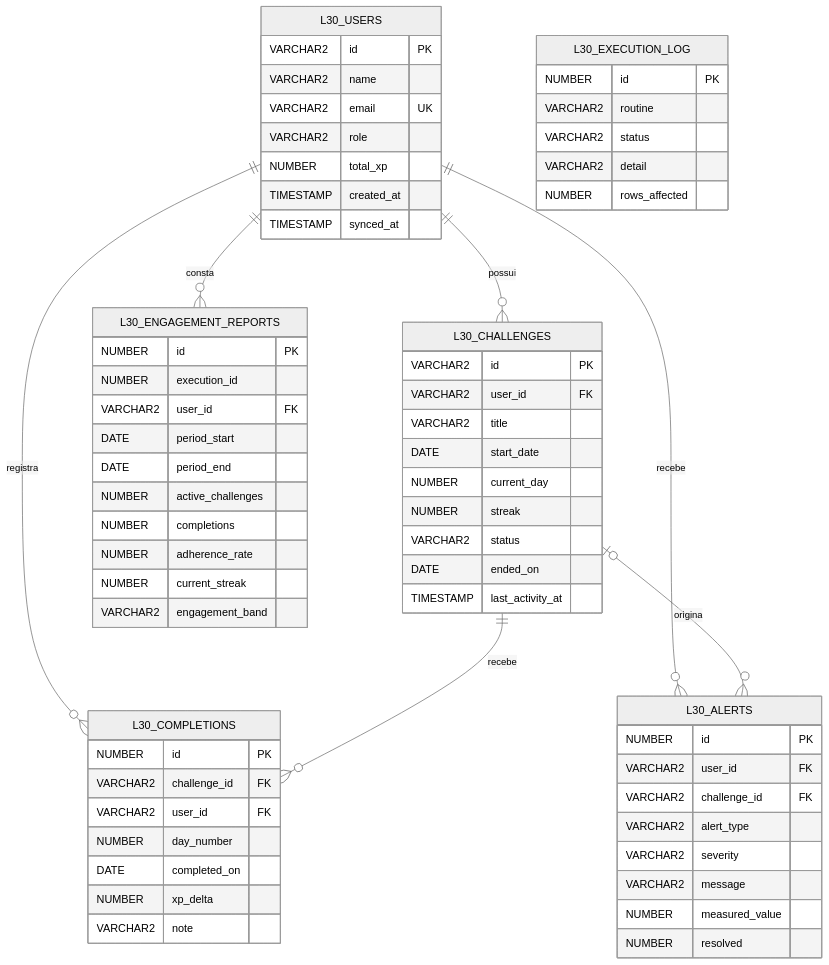
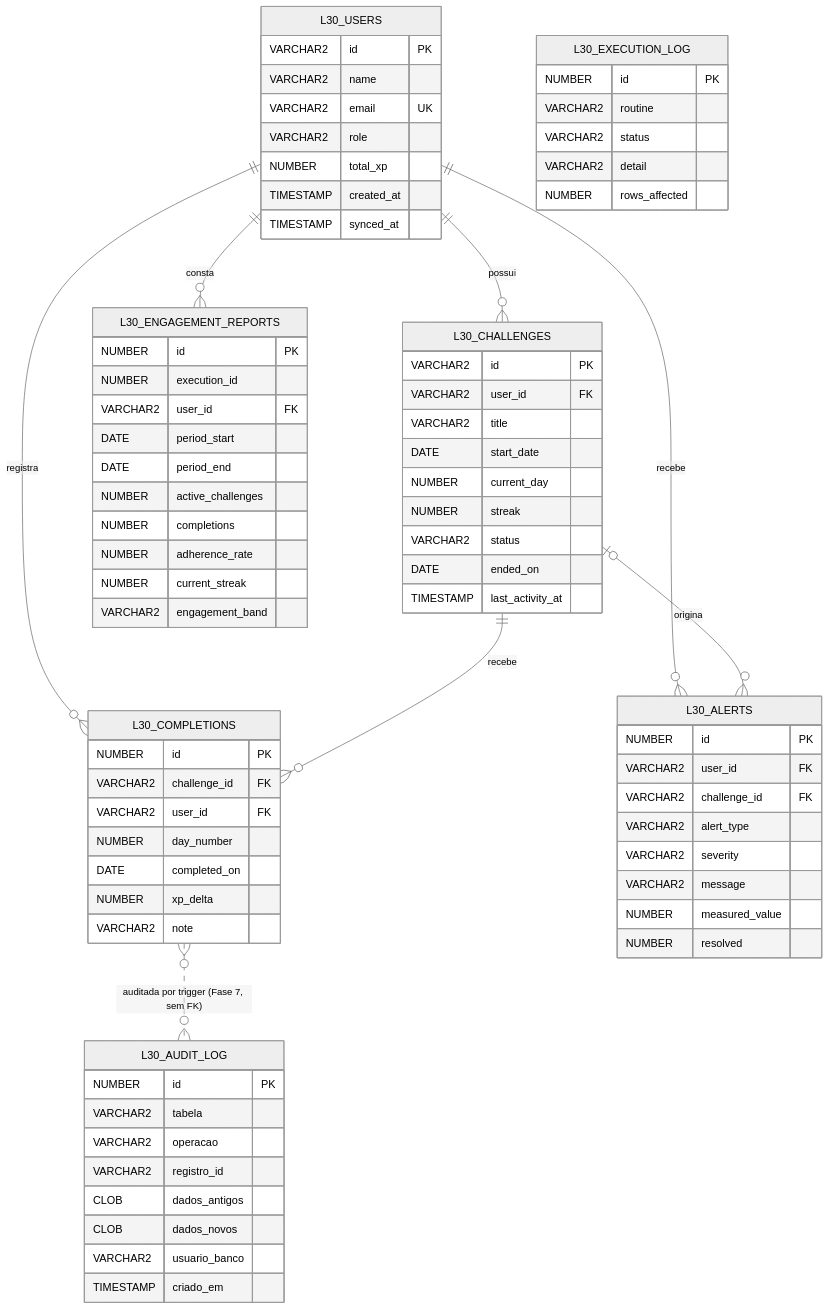
Before and after one commit to omateusborba/Level30-Flutter: the diagram in db/oracle/README.md, drawn with Mermaid (neutral theme). The commit also changed other lines of this file and 3 other files, not shown here.

````diff
--- a/db/oracle/README.md
+++ b/db/oracle/README.md
@@ -71,68 +82,79 @@
 ```mermaid
 erDiagram
     L30_USERS ||--o{ L30_CHALLENGES : possui
     L30_USERS ||--o{ L30_COMPLETIONS : registra
     L30_CHALLENGES ||--o{ L30_COMPLETIONS : recebe
     L30_USERS ||--o{ L30_ALERTS : recebe
     L30_CHALLENGES |o--o{ L30_ALERTS : origina
     L30_USERS ||--o{ L30_ENGAGEMENT_REPORTS : consta
+    L30_COMPLETIONS }o..o{ L30_AUDIT_LOG : "auditada por trigger (Fase 7, sem FK)"
 
     L30_USERS {
         VARCHAR2 id PK
         VARCHAR2 name
         VARCHAR2 email UK
         VARCHAR2 role
         NUMBER total_xp
         TIMESTAMP created_at
         TIMESTAMP synced_at
     }
     L30_CHALLENGES {
         VARCHAR2 id PK
         VARCHAR2 user_id FK
         VARCHAR2 title
         DATE start_date
         NUMBER current_day
         NUMBER streak
         VARCHAR2 status
         DATE ended_on
         TIMESTAMP last_activity_at
     }
     L30_COMPLETIONS {
         NUMBER id PK
         VARCHAR2 challenge_id FK
         VARCHAR2 user_id FK
         NUMBER day_number
         DATE completed_on
         NUMBER xp_delta
         VARCHAR2 note
     }
     L30_ALERTS {
         NUMBER id PK
         VARCHAR2 user_id FK
         VARCHAR2 challenge_id FK
         VARCHAR2 alert_type
         VARCHAR2 severity
         VARCHAR2 message
         NUMBER measured_value
         NUMBER resolved
     }
     L30_ENGAGEMENT_REPORTS {
         NUMBER id PK
         NUMBER execution_id
         VARCHAR2 user_id FK
         DATE period_start
         DATE period_end
         NUMBER active_challenges
         NUMBER completions
         NUMBER adherence_rate
         NUMBER current_streak
         VARCHAR2 engagement_band
     }
     L30_EXECUTION_LOG {
         NUMBER id PK
         VARCHAR2 routine
         VARCHAR2 status
         VARCHAR2 detail
         NUMBER rows_affected
     }
+    L30_AUDIT_LOG {
+        NUMBER id PK
+        VARCHAR2 tabela
+        VARCHAR2 operacao
+        VARCHAR2 registro_id
+        CLOB dados_antigos
+        CLOB dados_novos
+        VARCHAR2 usuario_banco
+        TIMESTAMP criado_em
+    }
 ```
````
